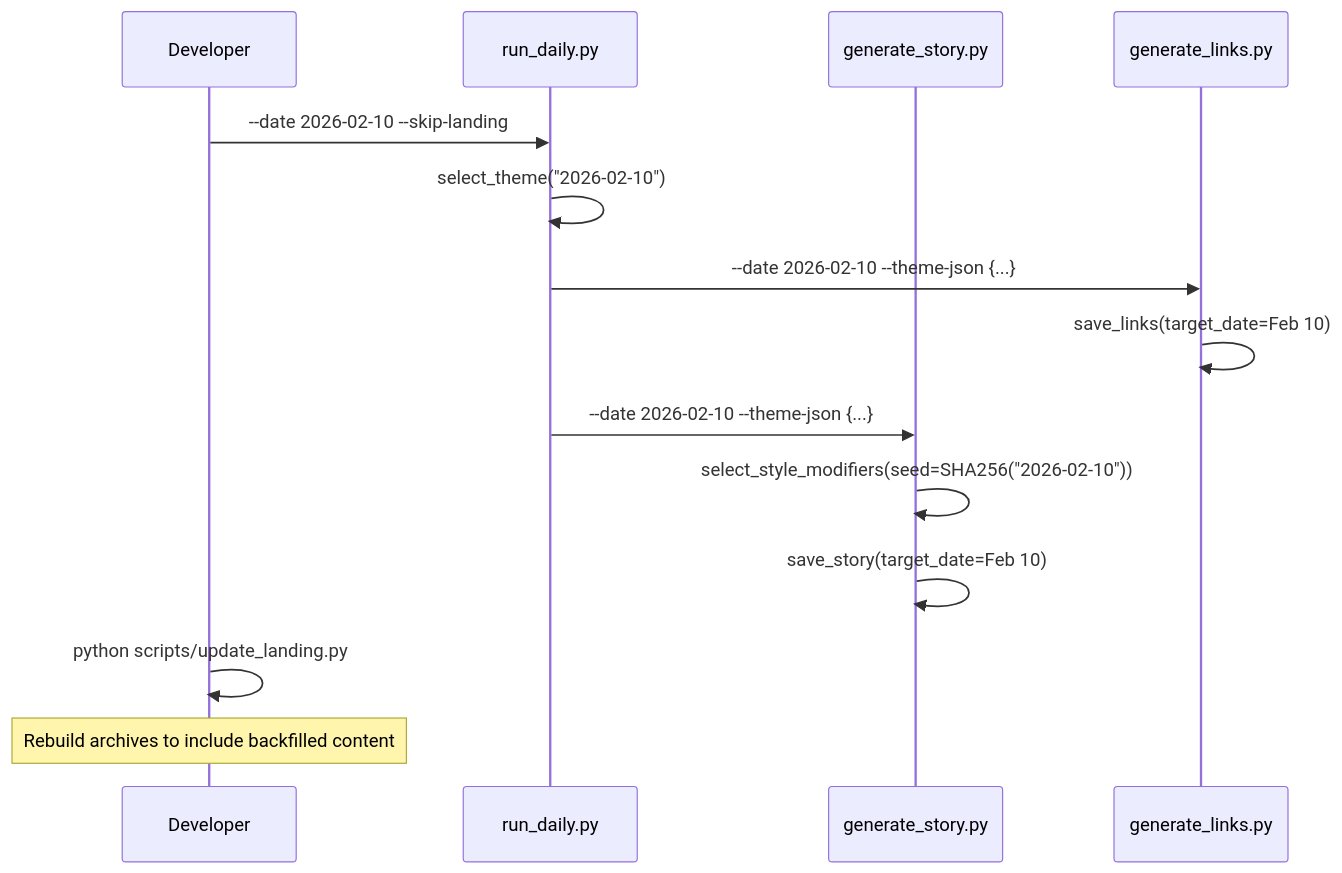
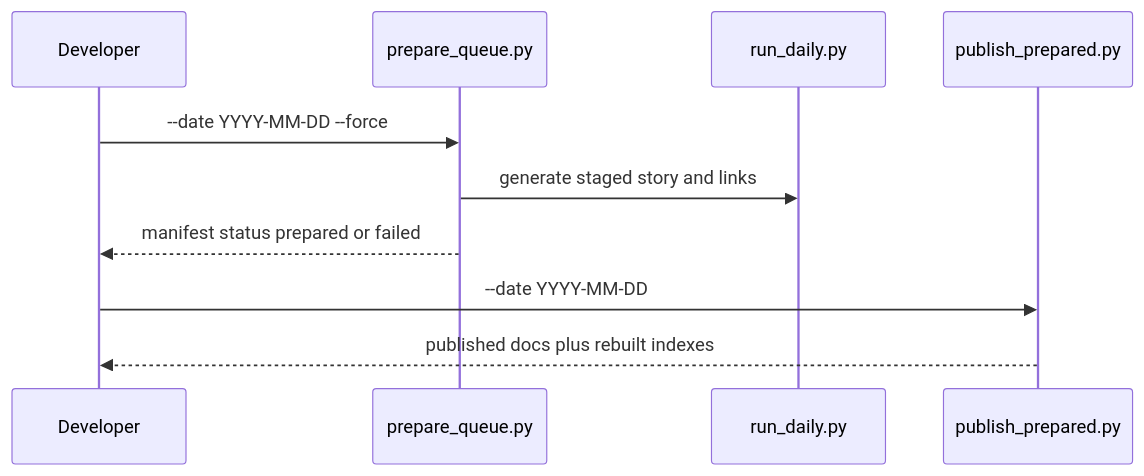
The fifth of 5 diagrams in SYSTEM_DESIGN.md (obscurebit/bits), drawn with Mermaid before and after one commit. The commit also changed other lines of this file and 2 other files, not shown here.

Commit message:
Refresh docs for queue-first publishing flow

````diff
--- a/SYSTEM_DESIGN.md
+++ b/SYSTEM_DESIGN.md
@@ -301,18 +312,13 @@
 ```mermaid
 sequenceDiagram
     participant Dev as Developer
+    participant PQ as prepare_queue.py
     participant RD as run_daily.py
-    participant GS as generate_story.py
-    participant GL as generate_links.py
-    
-    Dev->>RD: --date 2026-02-10 --skip-landing
-    RD->>RD: select_theme("2026-02-10")
-    RD->>GL: --date 2026-02-10 --theme-json {...}
-    GL->>GL: save_links(target_date=Feb 10)
-    RD->>GS: --date 2026-02-10 --theme-json {...}
-    GS->>GS: select_style_modifiers(seed=SHA256("2026-02-10"))
-    GS->>GS: save_story(target_date=Feb 10)
-    
-    Dev->>Dev: python scripts/update_landing.py
-    Note over Dev: Rebuild archives to include backfilled content
+    participant PP as publish_prepared.py
+
+    Dev->>PQ: --date YYYY-MM-DD --force
+    PQ->>RD: generate staged story and links
+    PQ-->>Dev: manifest status prepared or failed
+    Dev->>PP: --date YYYY-MM-DD
+    PP-->>Dev: published docs plus rebuilt indexes
 ```
````
